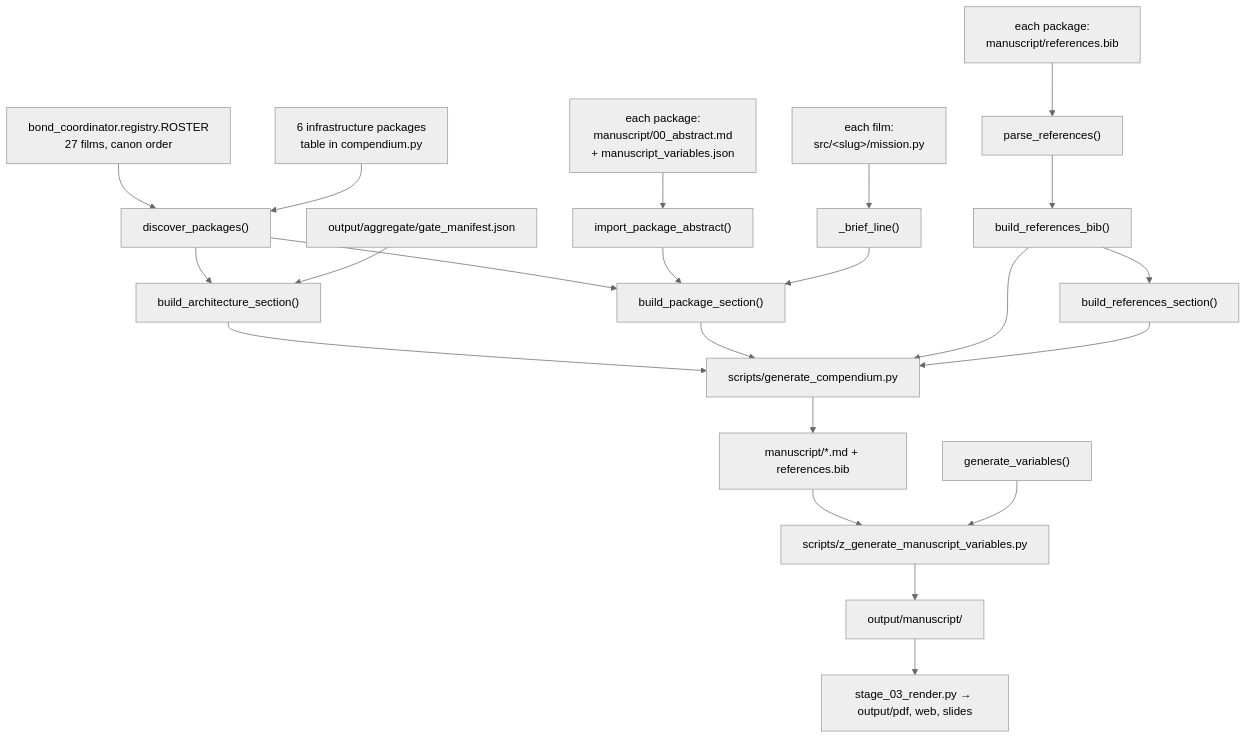
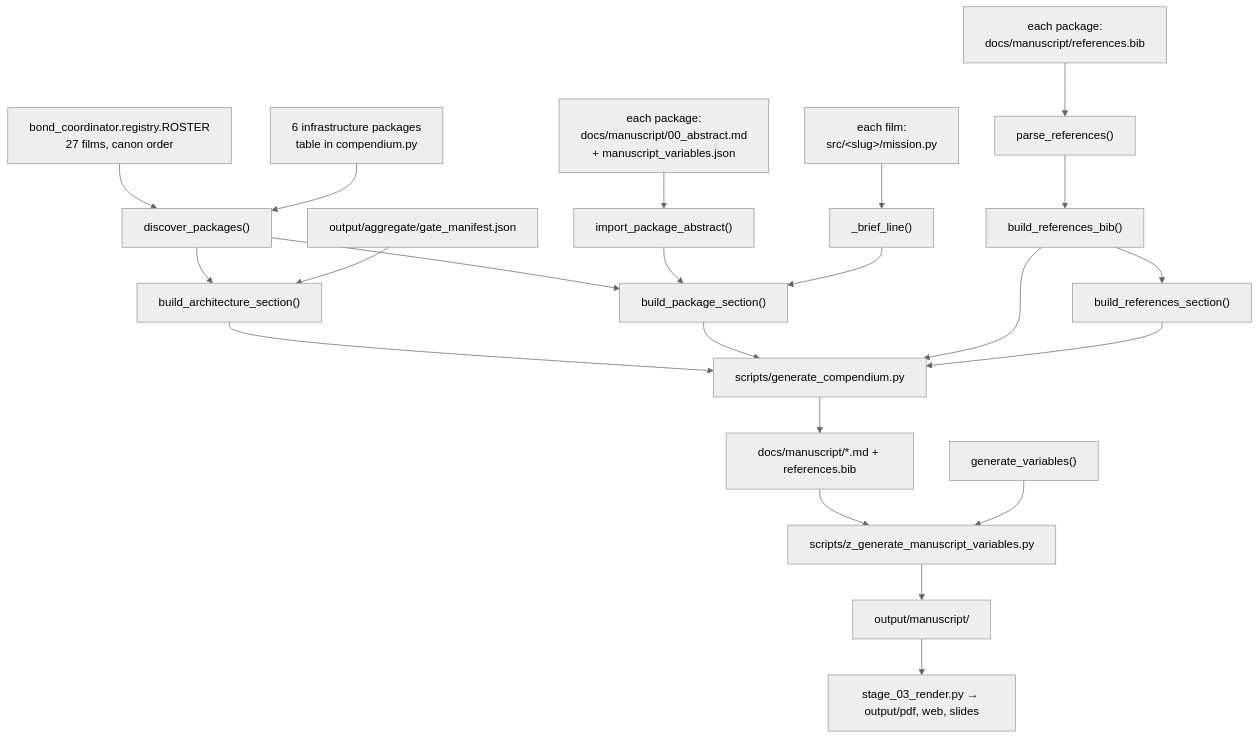
One commit to docxology/bond changed the diagram in docs/architecture.md. Above: the diagram before and after it, drawn with Mermaid (neutral theme). The commit also changed other lines of this file and 121 other files, not shown here.

````diff
--- a/docs/architecture.md
+++ b/docs/architecture.md
@@ -35,29 +35,29 @@
 ```mermaid
 graph TD
     ROSTER["bond_coordinator.registry.ROSTER<br/>27 films, canon order"] --> DISC
     INFRA["6 infrastructure packages<br/>table in compendium.py"] --> DISC
     DISC["discover_packages()"] --> ARCH["build_architecture_section()"]
     DISC --> SEC["build_package_section()"]
 
-    ABS["each package:<br/>manuscript/00_abstract.md<br/>+ manuscript_variables.json"] --> IMP["import_package_abstract()"]
+    ABS["each package:<br/>docs/manuscript/00_abstract.md<br/>+ manuscript_variables.json"] --> IMP["import_package_abstract()"]
     IMP --> SEC
     PROV["each film:<br/>src/&lt;slug&gt;/mission.py"] --> BRIEF["_brief_line()"]
     BRIEF --> SEC
 
-    BIB["each package:<br/>manuscript/references.bib"] --> PARSE["parse_references()"]
+    BIB["each package:<br/>docs/manuscript/references.bib"] --> PARSE["parse_references()"]
     PARSE --> MERGE["build_references_bib()"]
     MERGE --> REFSEC["build_references_section()"]
 
     GATE["output/aggregate/gate_manifest.json"] --> ARCH
 
     ARCH --> GEN["scripts/generate_compendium.py"]
     SEC --> GEN
     MERGE --> GEN
     REFSEC --> GEN
-    GEN --> MAN["manuscript/*.md + references.bib"]
+    GEN --> MAN["docs/manuscript/*.md + references.bib"]
 
     MAN --> HYD["scripts/z_generate_manuscript_variables.py"]
     VARS["generate_variables()"] --> HYD
     HYD --> OUT["output/manuscript/"]
     OUT --> PDF["stage_03_render.py → output/pdf, web, slides"]
 ```
````
